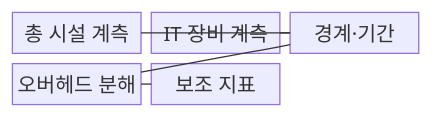
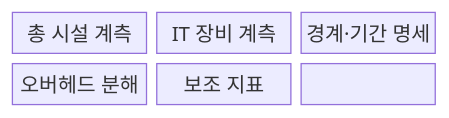
One commit to agnusdei1207/knowledge-base changed the first of 2 diagrams in src/content/docs/notes/08-latest-tech/198_power_usage_effectiveness.md. Above: the diagram before and after it, drawn with Mermaid. The commit also changed other lines of this file and 228 other files, not shown here.

````diff
--- a/src/content/docs/notes/08-latest-tech/198_power_usage_effectiveness.md
+++ b/src/content/docs/notes/08-latest-tech/198_power_usage_effectiveness.md
@@ -56,13 +51,11 @@
 ```mermaid
 block-beta
   columns 3
-  A["총 시설 계측"]
-  B["IT 장비 계측"]
-  C["경계·기간"]
-  D["오버헤드 분해"]
-  E["보조 지표"]
-  A --- C
-  B --- C
-  C --- D
-  D --- E
+  N0["총 시설 계측"]
+  N1["IT 장비 계측"]
+  N2["경계·기간 명세"]
+  N3["오버헤드 분해"]
+  N4["보조 지표"]
+  N0 --- N1 --- N2
+  N2 --- N3 --- N4
 ```
````
